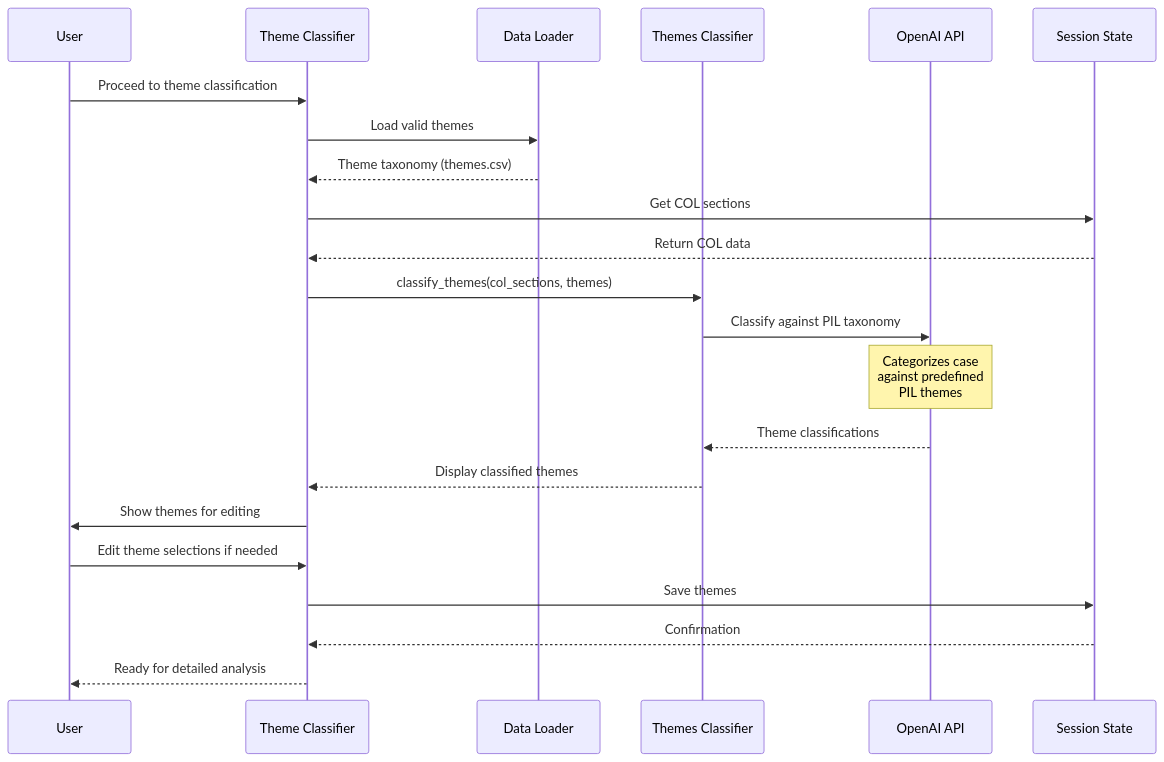
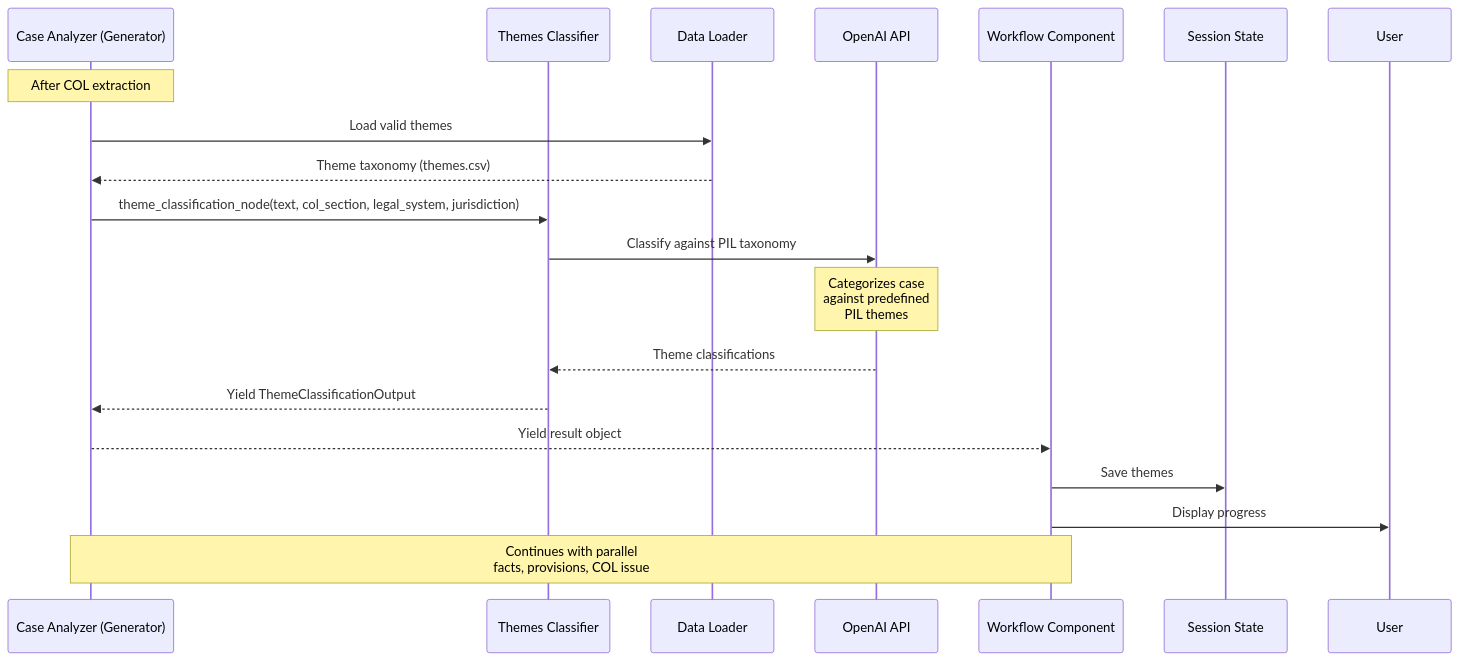
Before and after one commit to Choice-of-Law-Dataverse/cold-case-analysis: the sixth of 8 diagrams in docs/WORKFLOWS.md, drawn with Mermaid. The commit also changed other lines of this file and 21 other files, not shown here.

First line of the commit message:
feat: workflow to generator pattern with automatic execution, parallel processing, standardized parameter naming, and typed output passing (#69)

````diff
--- a/docs/WORKFLOWS.md
+++ b/docs/WORKFLOWS.md
@@ -306,29 +317,25 @@
 ```mermaid
 sequenceDiagram
-    participant User
-    participant UI as Theme Classifier
+    participant Generator as Case Analyzer (Generator)
+    participant Tool as Themes Classifier
     participant Data as Data Loader
-    participant Tool as Themes Classifier
     participant LLM as OpenAI API
+    participant UI as Workflow Component
     participant State as Session State
 
-    User->>UI: Proceed to theme classification
-    UI->>Data: Load valid themes
-    Data-->>UI: Theme taxonomy (themes.csv)
+    Note over Generator: After COL extraction
+    Generator->>Data: Load valid themes
+    Data-->>Generator: Theme taxonomy (themes.csv)
     
-    UI->>State: Get COL sections
-    State-->>UI: Return COL data
-    
-    UI->>Tool: classify_themes(col_sections, themes)
+    Generator->>Tool: theme_classification_node(text, col_section, legal_system, jurisdiction)
     Tool->>LLM: Classify against PIL taxonomy
     Note over LLM: Categorizes case<br/>against predefined<br/>PIL themes
     LLM-->>Tool: Theme classifications
     
-    Tool-->>UI: Display classified themes
-    UI->>User: Show themes for editing
-    User->>UI: Edit theme selections if needed
-
+    Tool-->>Generator: Yield ThemeClassificationOutput
+    Generator-->>UI: Yield result object
     UI->>State: Save themes
-    State-->>UI: Confirmation
-    UI-->>User: Ready for detailed analysis
+    UI->>User: Display progress
+    
+    Note over Generator,UI: Continues with parallel<br/>facts, provisions, COL issue
 ```
````
